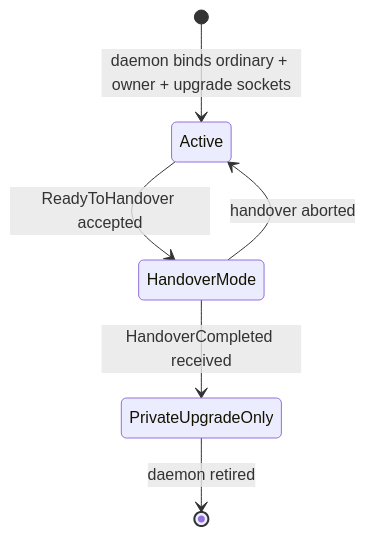
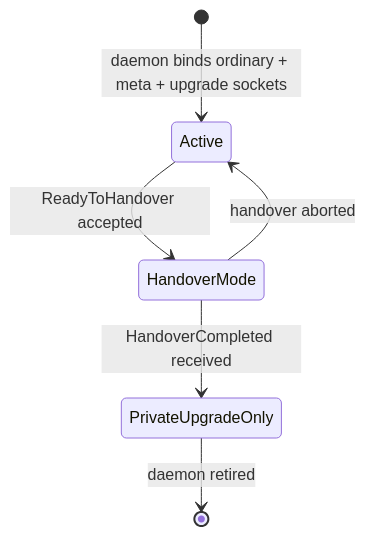
One commit to LiGoldragon/persona-spirit changed the third of 4 diagrams in ARCHITECTURE.md. Above: the diagram before and after it, drawn with Mermaid. The commit also changed other lines of this file and 32 other files, not shown here.

````diff
--- a/ARCHITECTURE.md
+++ b/ARCHITECTURE.md
@@ -214,8 +214,8 @@
 ```mermaid
 stateDiagram-v2
-    [*] --> Active: daemon binds ordinary + owner + upgrade sockets
+    [*] --> Active: daemon binds ordinary + meta + upgrade sockets
     Active --> HandoverMode: ReadyToHandover accepted
     HandoverMode --> Active: handover aborted
     HandoverMode --> PrivateUpgradeOnly: HandoverCompleted received
     PrivateUpgradeOnly --> [*]: daemon retired
 ```
````
